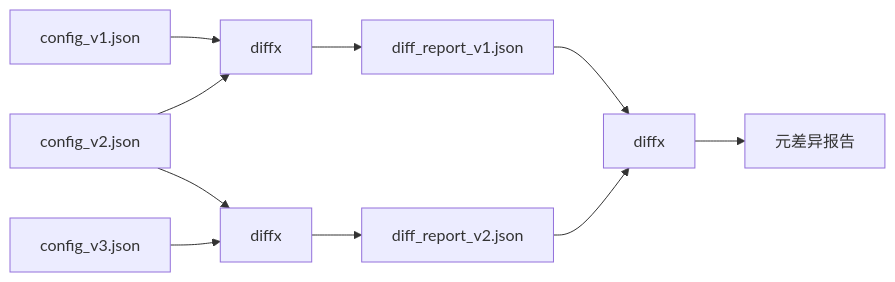
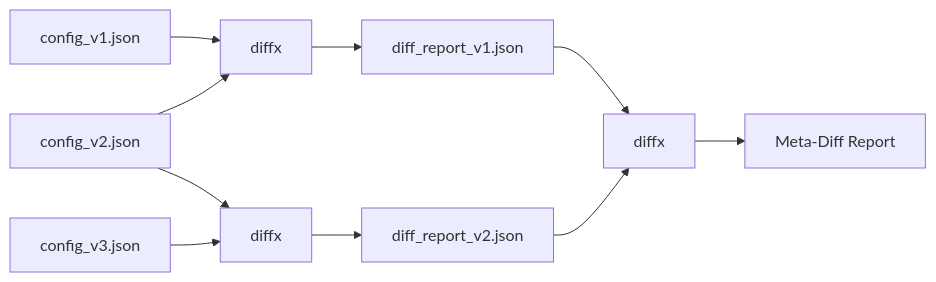
One commit to kako-jun/diffx changed the second of 2 diagrams in README_zh.md. Above: the diagram before and after it, drawn with Mermaid. The commit also changed other lines of this file and 21 other files, not shown here.

````diff
--- a/README_zh.md
+++ b/README_zh.md
@@ -168,14 +168,14 @@
 ```mermaid
 graph LR
     A[config_v1.json] --> D1[diffx]
     B[config_v2.json] --> D1
     D1 --> R1[diff_report_v1.json]
 
     B --> D2[diffx]
     C[config_v3.json] --> D2
     D2 --> R2[diff_report_v2.json]
 
     R1 --> D3[diffx]
     R2 --> D3
-    D3 --> M[元差异报告]
+    D3 --> M[Meta-Diff Report]
 ```
````
